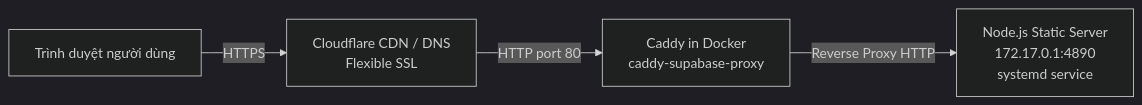
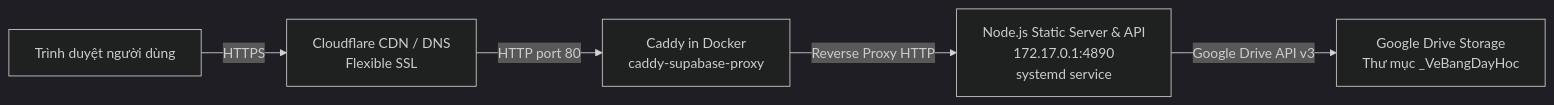
One commit to samnguyen539/SamTeachingVisual changed the diagram in deploy/day.samnguyenphoto.com/README.md. Above: the diagram before and after it, drawn with Mermaid (dark theme). The commit also changed other lines of this file and 45 other files, not shown here.

````diff
--- a/deploy/day.samnguyenphoto.com/README.md
+++ b/deploy/day.samnguyenphoto.com/README.md
@@ -9,6 +9,7 @@
 ```mermaid
 graph LR
     User[Trình duyệt người dùng] -->|HTTPS| CF[Cloudflare CDN / DNS<br/>Flexible SSL]
     CF -->|HTTP port 80| Caddy[Caddy in Docker<br/>caddy-supabase-proxy]
-    Caddy -->|Reverse Proxy HTTP| Node[Node.js Static Server<br/>172.17.0.1:4890<br/>systemd service]
+    Caddy -->|Reverse Proxy HTTP| Node[Node.js Static Server & API<br/>172.17.0.1:4890<br/>systemd service]
+    Node -->|Google Drive API v3| GDrive[Google Drive Storage<br/>Thư mục _VeBangDayHoc]
 ```
````
